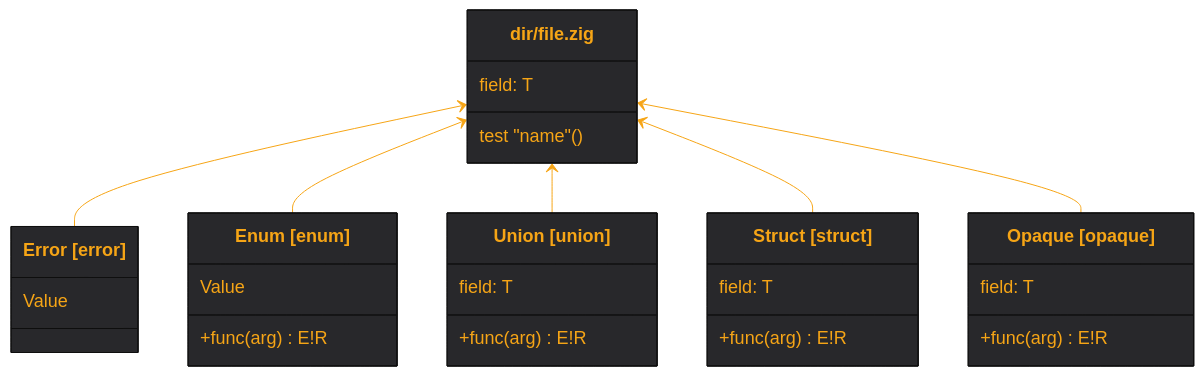
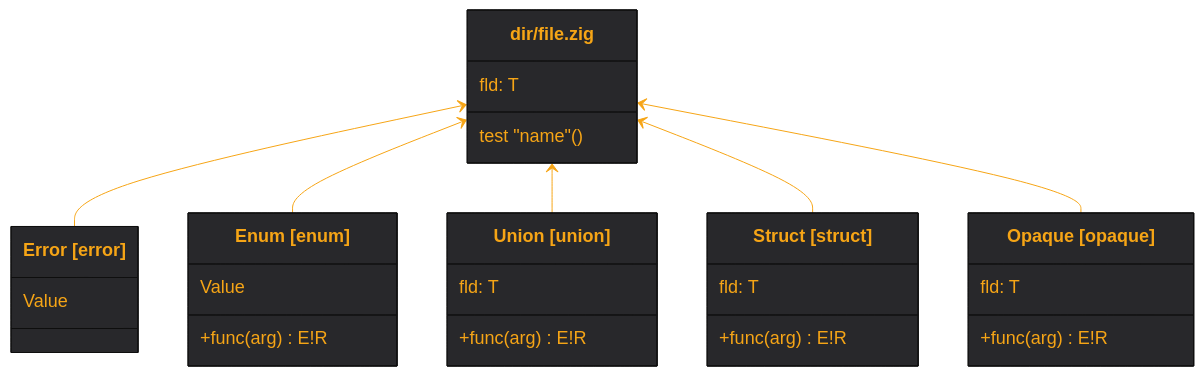
Before and after one commit to tensorush/meduza: the diagram in README.md, drawn with Mermaid. The commit also changed other lines of this file and 2 other files, not shown here.

````diff
--- a/README.md
+++ b/README.md
@@ -50,43 +50,43 @@
 ```mermaid
 %%{
     init: {
         'theme': 'base',
         'themeVariables': {
             'fontSize': '18px',
             'fontFamily': 'arial',
             'lineColor': '#F6A516',
             'primaryColor': '#28282B',
             'primaryTextColor': '#F6A516'
         }
     }
 }%%
 classDiagram
     class `dir/file.zig` {
-        field: T
+        fld: T
         test "name"()
     }
     class Error["Error [error]"] {
         Value
     }
     class Enum["Enum [enum]"] {
         Value
         +func(arg) E!R
     }
     class Union["Union [union]"] {
-        field: T
+        fld: T
         +func(arg) E!R
     }
     class Struct["Struct [struct]"] {
-        field: T
+        fld: T
         +func(arg) E!R
     }
     class Opaque["Opaque [opaque]"] {
-        field: T
+        fld: T
         +func(arg) E!R
     }
     `dir/file.zig` <-- Error
     `dir/file.zig` <-- Enum
     `dir/file.zig` <-- Union
     `dir/file.zig` <-- Struct
     `dir/file.zig` <-- Opaque
 ```
````
